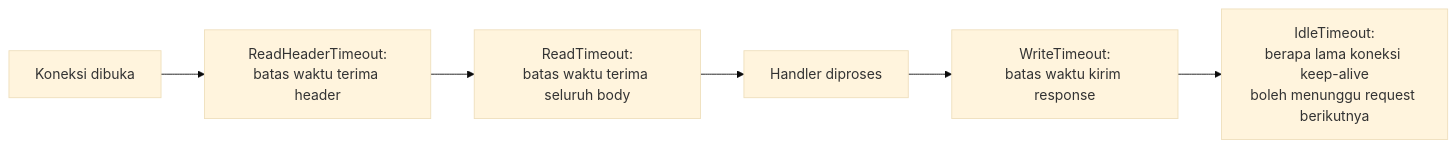
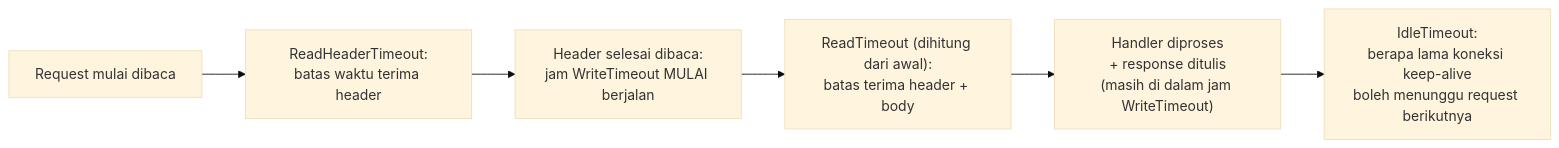
One commit to firmanains/backend-engineering-vault changed the diagram in 30 APIs and Web/Timeouts in HTTP Servers.md. Above: the diagram before and after it, drawn with Mermaid (base theme). The commit also changed other lines of this file and 172 other files, not shown here.

````diff
--- a/30 APIs and Web/Timeouts in HTTP Servers.md
+++ b/30 APIs and Web/Timeouts in HTTP Servers.md
@@ -33,8 +33,8 @@
 ```mermaid
 flowchart LR
-    A["Koneksi dibuka"] --> B["ReadHeaderTimeout:\nbatas waktu terima header"]
-    B --> C["ReadTimeout:\nbatas waktu terima seluruh body"]
-    C --> D["Handler diproses"]
-    D --> E["WriteTimeout:\nbatas waktu kirim response"]
+    A["Request mulai dibaca"] --> B["ReadHeaderTimeout:\nbatas waktu terima header"]
+    B --> C["Header selesai dibaca:\njam WriteTimeout MULAI berjalan"]
+    C --> D["ReadTimeout (dihitung dari awal):\nbatas terima header + body"]
+    D --> E["Handler diproses\n+ response ditulis\n(masih di dalam jam WriteTimeout)"]
     E --> F["IdleTimeout:\nberapa lama koneksi keep-alive\nboleh menunggu request berikutnya"]
 ```
````
